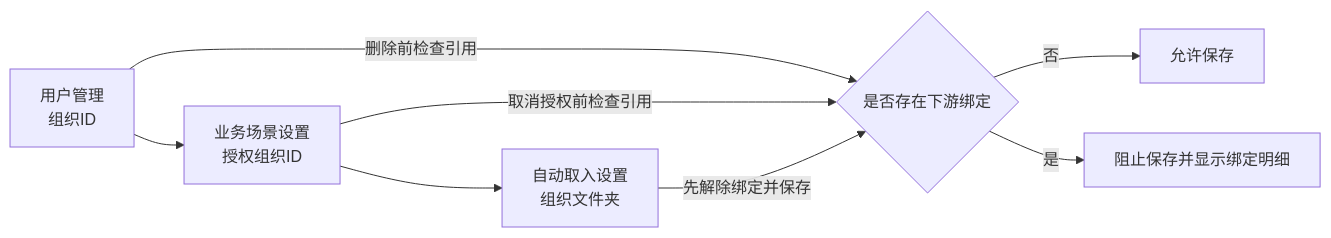
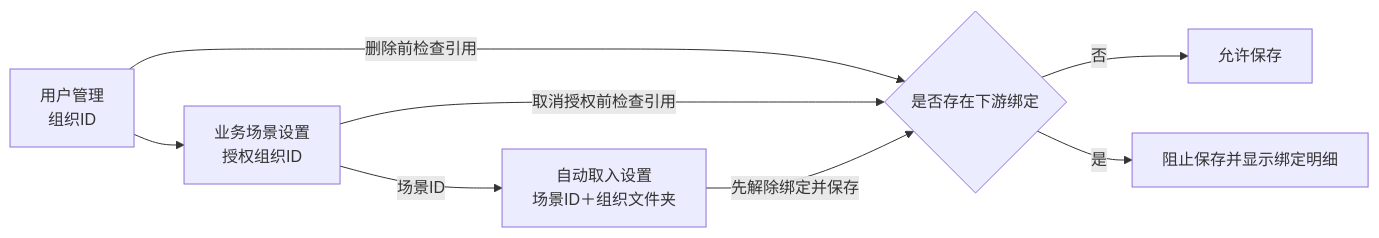
One commit to aruirage/Densan-Demo changed the second of 3 diagrams in demo/PRD.zh-CN.md. Above: the diagram before and after it, drawn with Mermaid. The commit also changed other lines of this file and 8 other files, not shown here.

````diff
--- a/demo/PRD.zh-CN.md
+++ b/demo/PRD.zh-CN.md
@@ -59,10 +59,10 @@
 ```mermaid
 flowchart LR
   O[用户管理<br/>组织ID] --> S[业务场景设置<br/>授权组织ID]
-  S --> W[自动取入设置<br/>组织文件夹]
+  S -->|场景ID| W[自动取入设置<br/>场景ID＋组织文件夹]
   O -->|删除前检查引用| C{是否存在下游绑定}
   S -->|取消授权前检查引用| C
   C -->|否| OK[允许保存]
   C -->|是| NG[阻止保存并显示绑定明细]
   W -->|先解除绑定并保存| C
 ```
````
